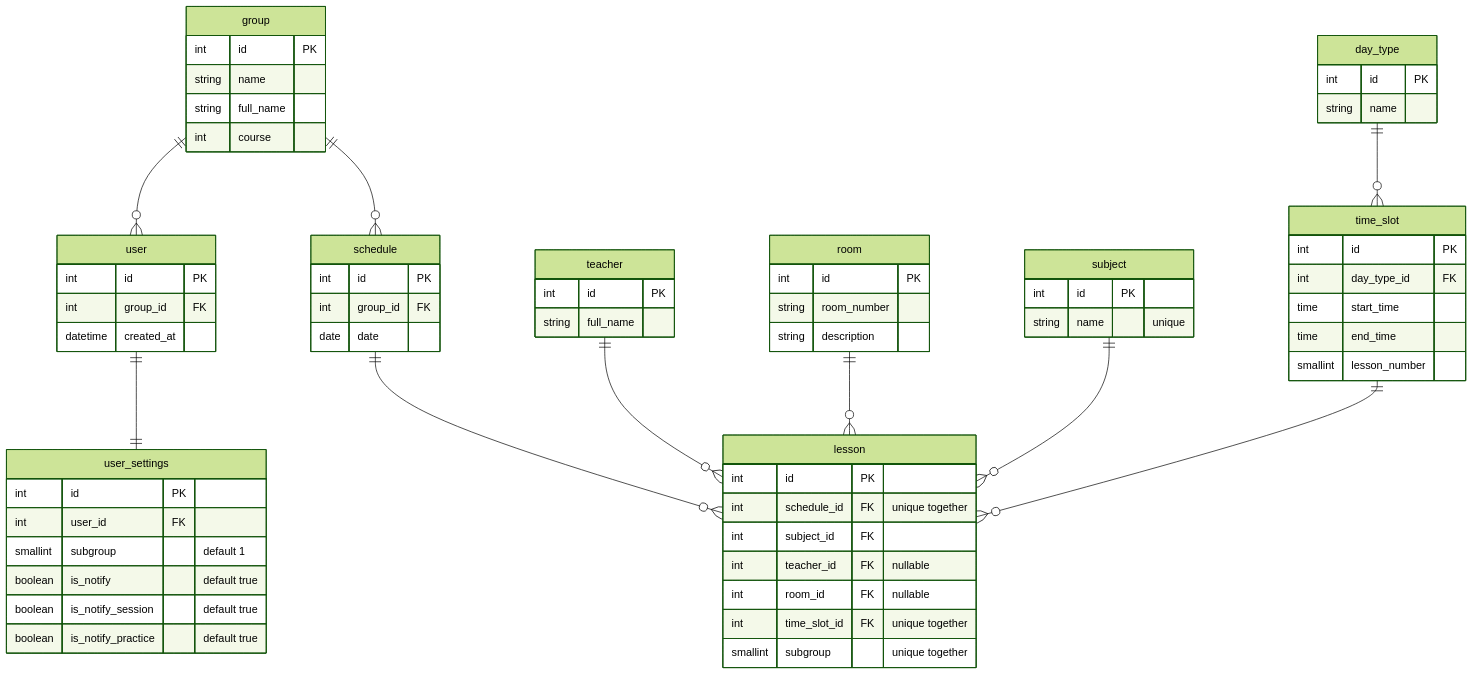
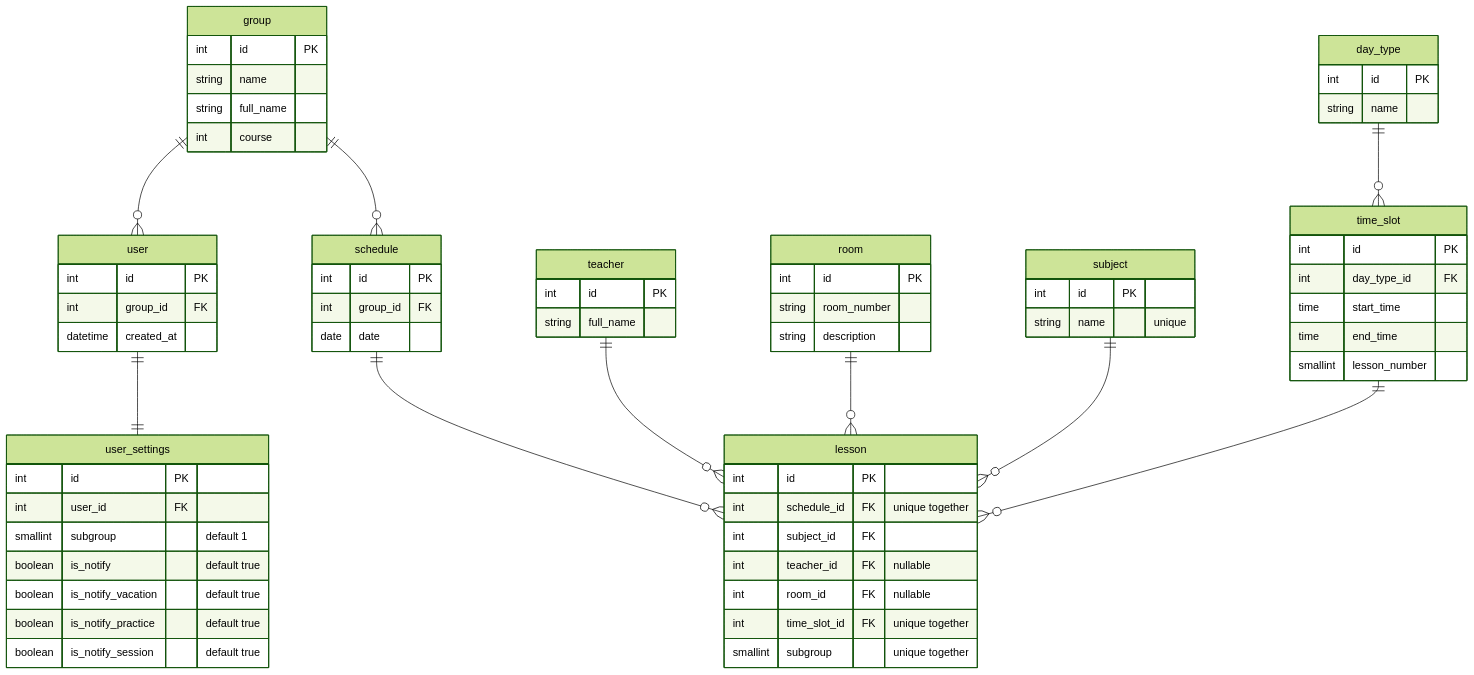
Before and after one commit to paraplan/telegram-bot: the diagram in docs/db_schema.mermaid, drawn with Mermaid (forest theme). The commit also changed 3 other files, not shown here.

Commit message:
feat: add is_notify_vacation setting for user notifications

```diff
--- a/docs/db_schema.mermaid
+++ b/docs/db_schema.mermaid
@@ -1,77 +1,78 @@
 erDiagram
     user ||--|| user_settings : ""
     group ||--o{ user : ""
     group ||--o{ schedule : ""
     schedule ||--o{ lesson : ""
     teacher ||--o{ lesson : ""
     room ||--o{ lesson : ""
     subject ||--o{ lesson : ""
     time_slot ||--o{ lesson : ""
     day_type ||--o{ time_slot : ""
 
     user {
         int id PK
         int group_id FK
         datetime created_at
     }
 
     user_settings {
         int id PK
         int user_id FK
         smallint subgroup "default 1"
         boolean is_notify "default true"
+        boolean is_notify_vacation "default true"
+        boolean is_notify_practice "default true"
         boolean is_notify_session "default true"
-        boolean is_notify_practice "default true"
     }
 
     group {
         int id PK
         string name
         string full_name
         int course
     }
 
     schedule {
         int id PK
         int group_id FK
         date date
     }
 
     lesson {
         int id PK
         int schedule_id FK "unique together"
         int subject_id FK
         int teacher_id FK "nullable"
         int room_id FK "nullable"
         int time_slot_id FK "unique together"
         smallint subgroup "unique together"
     }
 
     teacher {
         int id PK
         string full_name
     }
 
     room {
         int id PK
         string room_number
         string description
     }
 
     subject {
         int id PK
         string name "unique"
     }
 
     time_slot {
         int id PK
         int day_type_id FK
         time start_time
         time end_time
         smallint lesson_number
     }
 
     day_type {
         int id PK
         string name
     }
```
